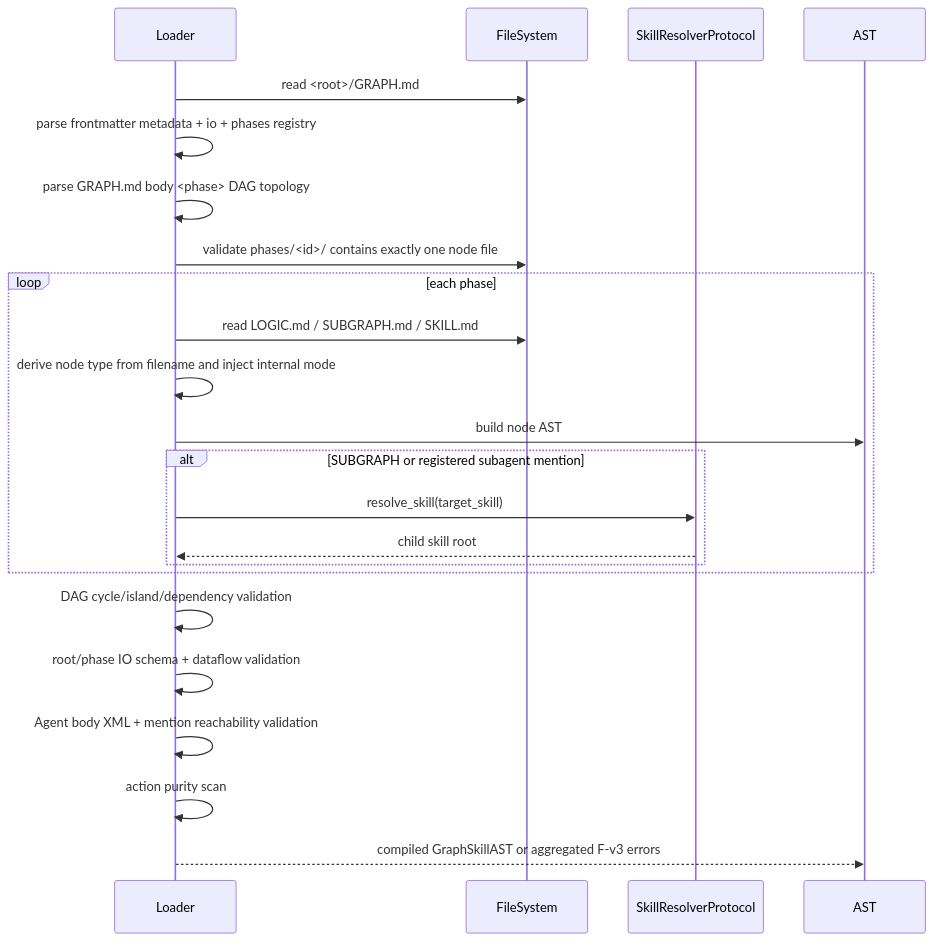
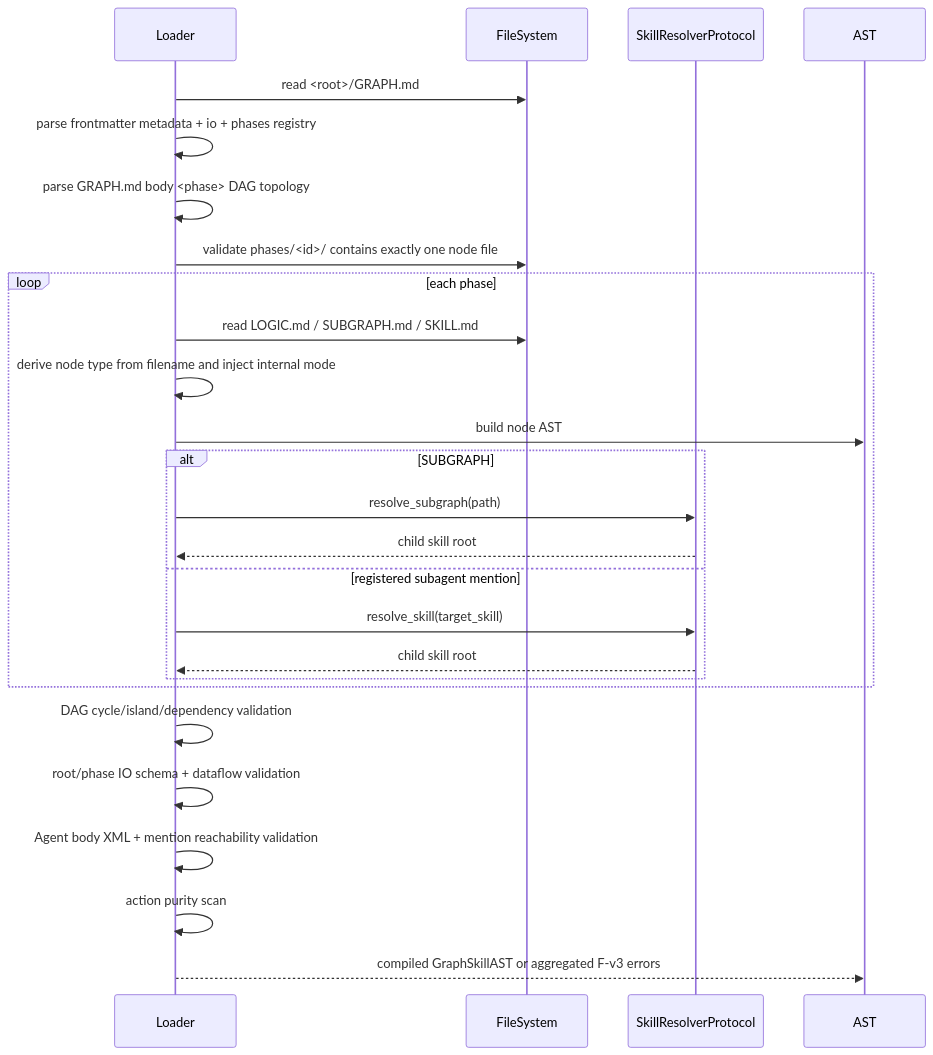
Before and after one commit to SevenX77/agent-harness: the diagram in docs/engine/mvp1/01-contract/03-compile-rules/mvp1-alignment.md, drawn with Mermaid. The commit also changed other lines of this file and 94 other files, not shown here.

````diff
--- a/docs/engine/mvp1/01-contract/03-compile-rules/mvp1-alignment.md
+++ b/docs/engine/mvp1/01-contract/03-compile-rules/mvp1-alignment.md
@@ -24,26 +24,29 @@
 ```mermaid
 sequenceDiagram
   participant Loader
   participant FS as FileSystem
   participant Resolver as SkillResolverProtocol
   participant AST
 
   Loader->>FS: read <root>/GRAPH.md
   Loader->>Loader: parse frontmatter metadata + io + phases registry
   Loader->>Loader: parse GRAPH.md body <phase> DAG topology
   Loader->>FS: validate phases/<id>/ contains exactly one node file
   loop each phase
     Loader->>FS: read LOGIC.md / SUBGRAPH.md / SKILL.md
     Loader->>Loader: derive node type from filename and inject internal mode
     Loader->>AST: build node AST
-    alt SUBGRAPH or registered subagent mention
+    alt SUBGRAPH
+      Loader->>Resolver: resolve_subgraph(path)
+      Resolver-->>Loader: child skill root
+    else registered subagent mention
       Loader->>Resolver: resolve_skill(target_skill)
       Resolver-->>Loader: child skill root
     end
   end
   Loader->>Loader: DAG cycle/island/dependency validation
   Loader->>Loader: root/phase IO schema + dataflow validation
   Loader->>Loader: Agent body XML + mention reachability validation
   Loader->>Loader: action purity scan
   Loader-->>AST: compiled GraphSkillAST or aggregated F-v3 errors
 ```
````
